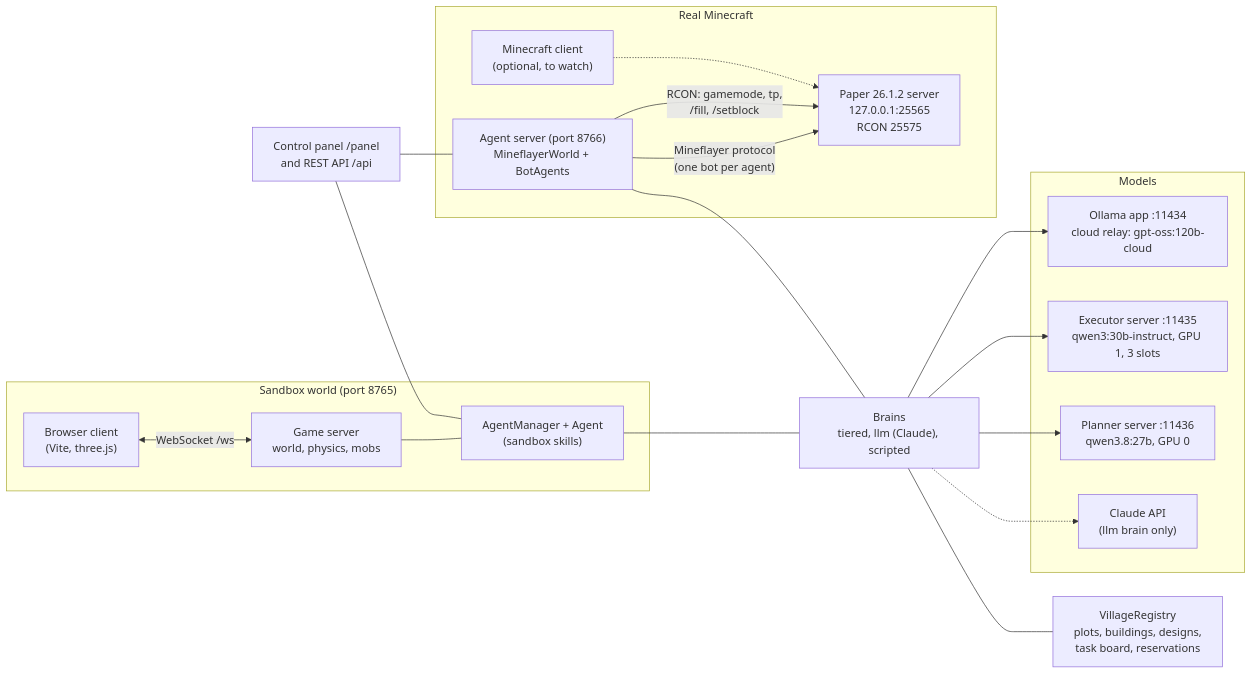
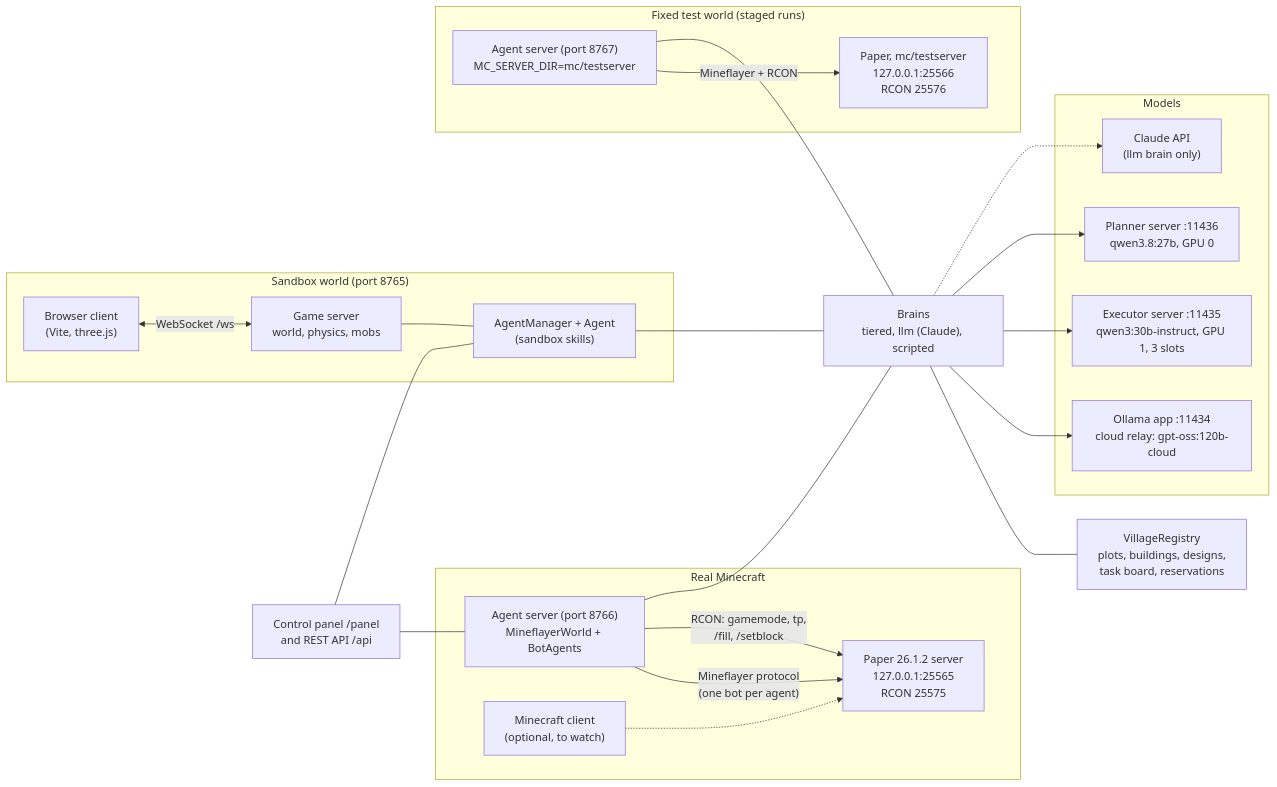
The first of 13 diagrams in docs/ARCHITECTURE.md (delphium226/MCAISandbox), drawn with Mermaid before and after one commit. The commit also changed other lines of this file and 3 other files, not shown here.

First line of the commit message:
T.4: parallel staged runs on the main and the test world; docs for phase T

````diff
--- a/docs/ARCHITECTURE.md
+++ b/docs/ARCHITECTURE.md
@@ -14,40 +14,47 @@
 ```mermaid
 flowchart LR
   subgraph Sandbox["Sandbox world (port 8765)"]
     client["Browser client<br/>(Vite, three.js)"]
     game["Game server<br/>world, physics, mobs"]
     am["AgentManager + Agent<br/>(sandbox skills)"]
     client <-- "WebSocket /ws" --> game
     game --- am
   end
 
   subgraph MC["Real Minecraft"]
     paper["Paper 26.1.2 server<br/>127.0.0.1:25565<br/>RCON 25575"]
     mcagents["Agent server (port 8766)<br/>MineflayerWorld + BotAgents"]
     mcclient["Minecraft client<br/>(optional, to watch)"]
     mcagents -- "Mineflayer protocol<br/>(one bot per agent)" --> paper
     mcagents -- "RCON: gamemode, tp,<br/>/fill, /setblock" --> paper
     mcclient -.-> paper
   end
 
+  subgraph Test["Fixed test world (staged runs)"]
+    testpaper["Paper, mc/testserver<br/>127.0.0.1:25566<br/>RCON 25576"]
+    testagents["Agent server (port 8767)<br/>MC_SERVER_DIR=mc/testserver"]
+    testagents -- "Mineflayer + RCON" --> testpaper
+  end
+
   brains["Brains<br/>tiered, llm (Claude), scripted"]
   village["VillageRegistry<br/>plots, buildings, designs,<br/>task board, reservations"]
   panel["Control panel /panel<br/>and REST API /api"]
 
   am --- brains
   mcagents --- brains
+  testagents --- brains
   brains --- village
   panel --- am
   panel --- mcagents
 
   subgraph Models["Models"]
     app["Ollama app :11434<br/>cloud relay: gpt-oss:120b-cloud"]
     exec["Executor server :11435<br/>qwen3:30b-instruct, GPU 1, 3 slots"]
     plan["Planner server :11436<br/>qwen3.8:27b, GPU 0"]
     claude["Claude API<br/>(llm brain only)"]
   end
   brains --> app
   brains --> exec
   brains --> plan
   brains -.-> claude
 ```
````
